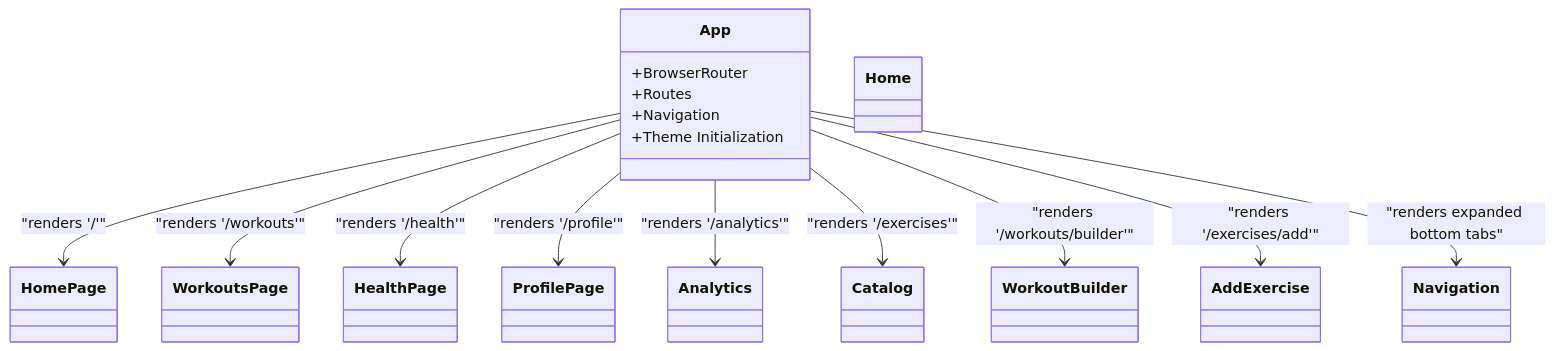
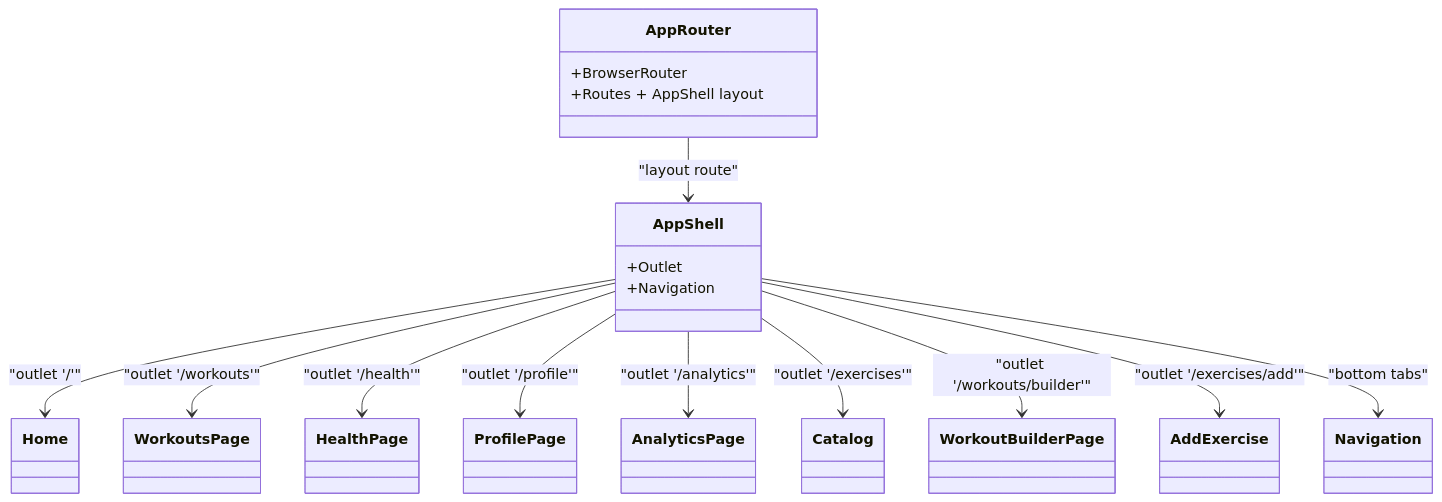
The fifth of 6 diagrams in .qoder/repowiki/en/content/Frontend Component Architecture/Application Structure & Routing.md (nilsnavi/fit_trackerpro), drawn with Mermaid before and after one commit. The commit also changed other lines of this file and 9 other files, not shown here.

First line of the commit message:
Профиль: один экран ProfilePage и актуализация документации qoder

````diff
--- a/.qoder/repowiki/en/content/Frontend Component Architecture/Application Structure & Routing.md
+++ b/.qoder/repowiki/en/content/Frontend Component Architecture/Application Structure & Routing.md
@@ -293,28 +303,30 @@
 ```mermaid
 classDiagram
-class App {
+class AppRouter {
 +BrowserRouter
-+Routes
++Routes + AppShell layout
+}
+class AppShell {
++Outlet
 +Navigation
-+Theme Initialization
 }
-class HomePage
 class Home
 class WorkoutsPage
 class HealthPage
 class ProfilePage
-class Analytics
+class AnalyticsPage
 class Catalog
-class WorkoutBuilder
+class WorkoutBuilderPage
 class AddExercise
 class Navigation
-App --> HomePage : "renders '/'"
-App --> WorkoutsPage : "renders '/workouts'"
-App --> HealthPage : "renders '/health'"
-App --> ProfilePage : "renders '/profile'"
-App --> Analytics : "renders '/analytics'"
-App --> Catalog : "renders '/exercises'"
-App --> WorkoutBuilder : "renders '/workouts/builder'"
-App --> AddExercise : "renders '/exercises/add'"
-App --> Navigation : "renders expanded bottom tabs"
+AppRouter --> AppShell : "layout route"
+AppShell --> Home : "outlet '/'"
+AppShell --> WorkoutsPage : "outlet '/workouts'"
+AppShell --> HealthPage : "outlet '/health'"
+AppShell --> ProfilePage : "outlet '/profile'"
+AppShell --> AnalyticsPage : "outlet '/analytics'"
+AppShell --> Catalog : "outlet '/exercises'"
+AppShell --> WorkoutBuilderPage : "outlet '/workouts/builder'"
+AppShell --> AddExercise : "outlet '/exercises/add'"
+AppShell --> Navigation : "bottom tabs"
 ```
````
